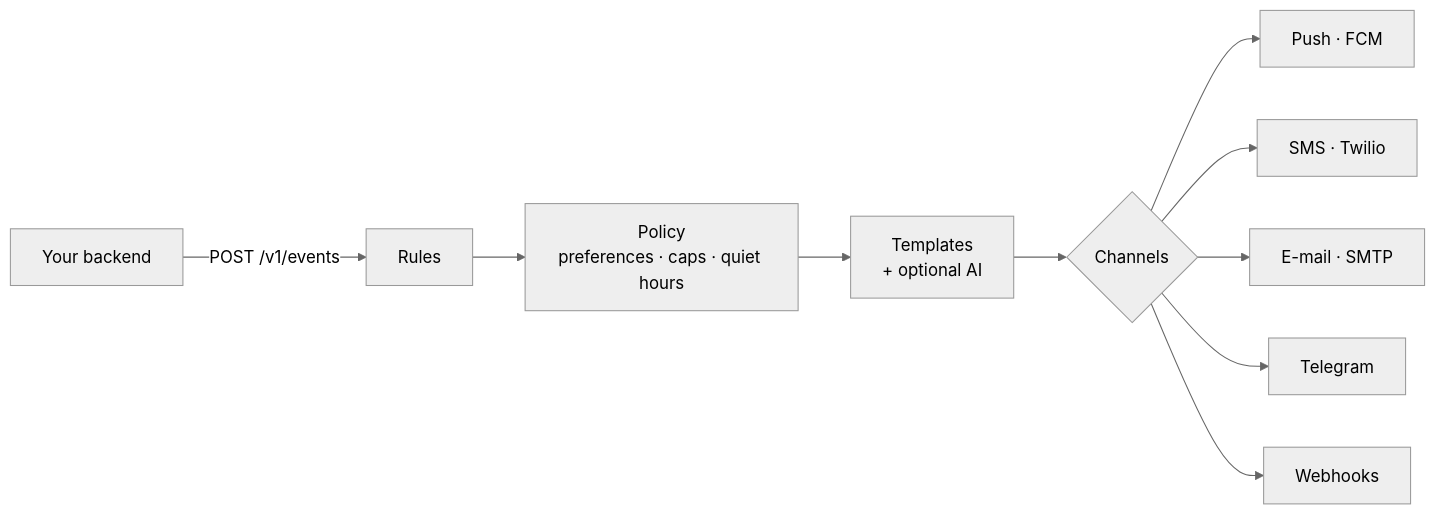
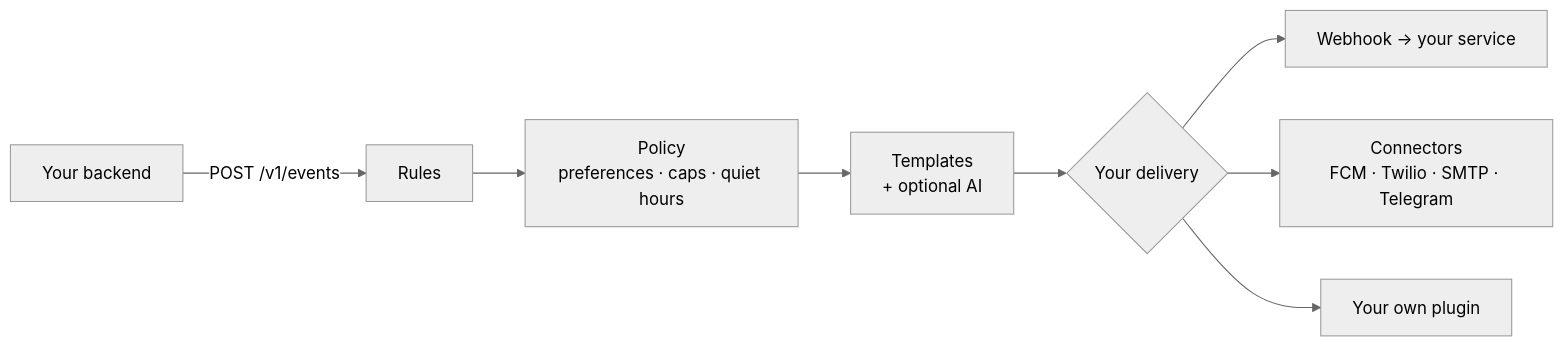
One commit to murtazox04/Cue changed the diagram in docs/index.md. Above: the diagram before and after it, drawn with Mermaid (neutral theme). The commit also changed other lines of this file and 16 other files, not shown here.

````diff
--- a/docs/index.md
+++ b/docs/index.md
@@ -7,12 +9,10 @@
 ```mermaid
 flowchart LR
     A[Your backend] -- "POST /v1/events" --> B[Rules]
     B --> C[Policy<br/>preferences · caps · quiet hours]
     C --> D[Templates<br/>+ optional AI]
-    D --> E{Channels}
-    E --> F[Push · FCM]
-    E --> G[SMS · Twilio]
-    E --> H[E-mail · SMTP]
-    E --> I[Telegram]
-    E --> J[Webhooks]
+    D --> E{Your delivery}
+    E --> F[Webhook → your service]
+    E --> G[Connectors<br/>FCM · Twilio · SMTP · Telegram]
+    E --> H[Your own plugin]
 ```
````
